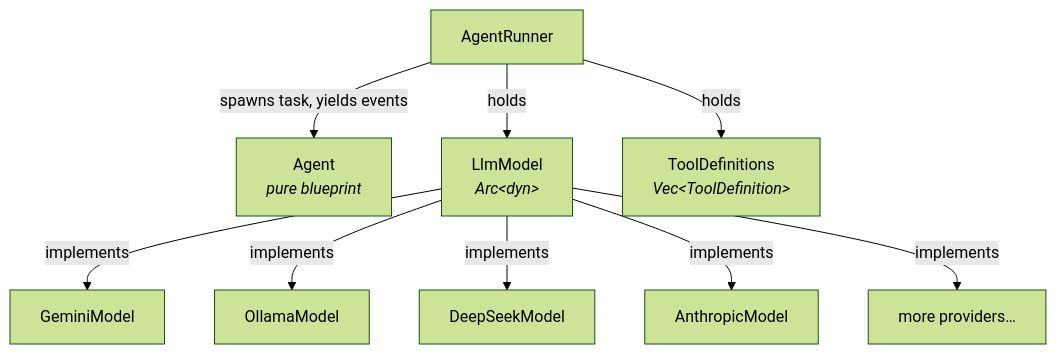
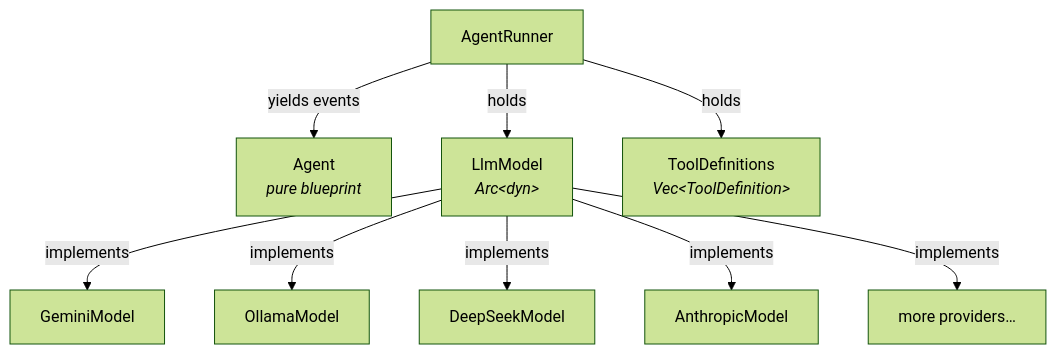
The diagram in README.md (andreban/agent-rig), drawn with Mermaid (forest theme) before and after one commit. The commit also changed other lines of this file and 3 other files, not shown here.

````diff
--- a/README.md
+++ b/README.md
@@ -537,11 +537,11 @@
 ```mermaid
 graph TD
-    AR[AgentRunner] -->|spawns task, yields events| A[Agent<br/><i>pure blueprint</i>]
+    AR[AgentRunner] -->|yields events| A[Agent<br/><i>pure blueprint</i>]
     AR -->|holds| LM[LlmModel<br/><i>Arc&lt;dyn&gt;</i>]
     AR -->|holds| TD[ToolDefinitions<br/><i>Vec&lt;ToolDefinition&gt;</i>]
     LM -->|implements| GM[GeminiModel]
     LM -->|implements| OM[OllamaModel]
     LM -->|implements| DM[DeepSeekModel]
     LM -->|implements| AM[AnthropicModel]
     LM -->|implements| MORE[more providers…]
 ```
````
